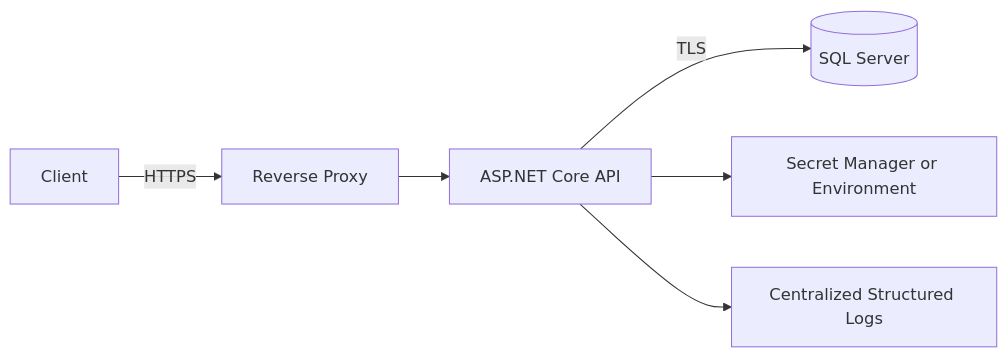
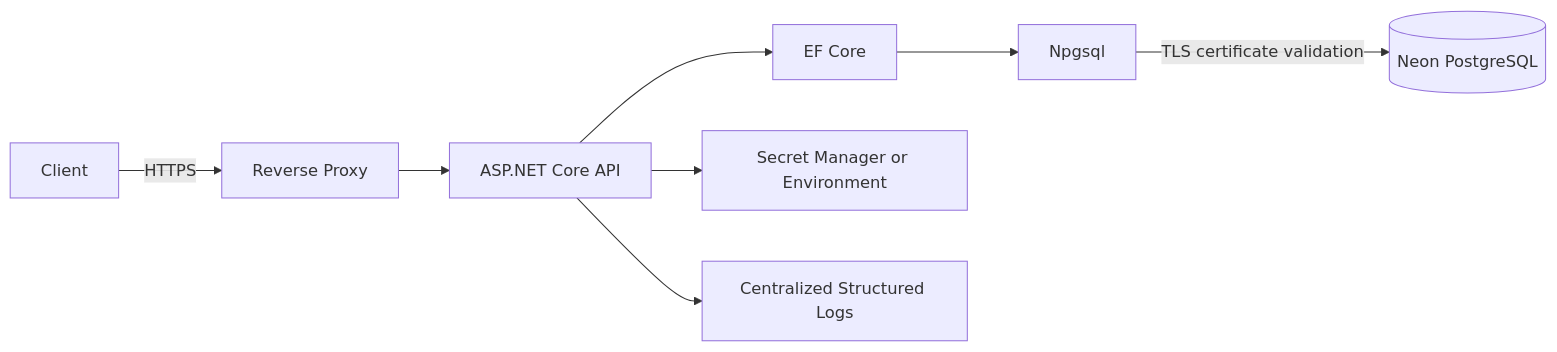
One commit to tthuy05/hethongqltaisancntt changed the fourth of 4 diagrams in docs/architecture.md. Above: the diagram before and after it, drawn with Mermaid. The commit also changed other lines of this file and 32 other files, not shown here.

````diff
--- a/docs/architecture.md
+++ b/docs/architecture.md
@@ -259,8 +273,10 @@
 ```mermaid
 flowchart LR
     User[Client] -->|HTTPS| Proxy[Reverse Proxy]
     Proxy --> Api[ASP.NET Core API]
-    Api -->|TLS| Sql[(SQL Server)]
+    Api --> EF[EF Core]
+    EF --> Provider[Npgsql]
+    Provider -->|TLS certificate validation| Database[(Neon PostgreSQL)]
     Api --> Secrets[Secret Manager or Environment]
     Api --> Logs[Centralized Structured Logs]
 ```
````
